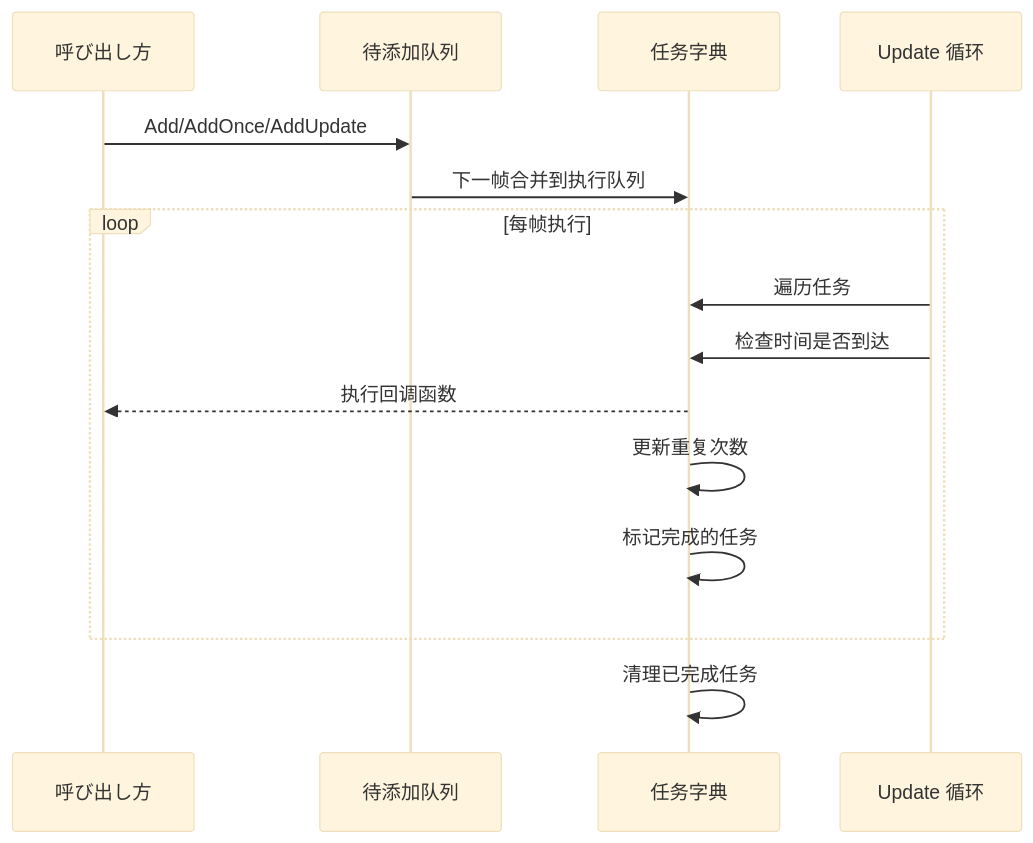
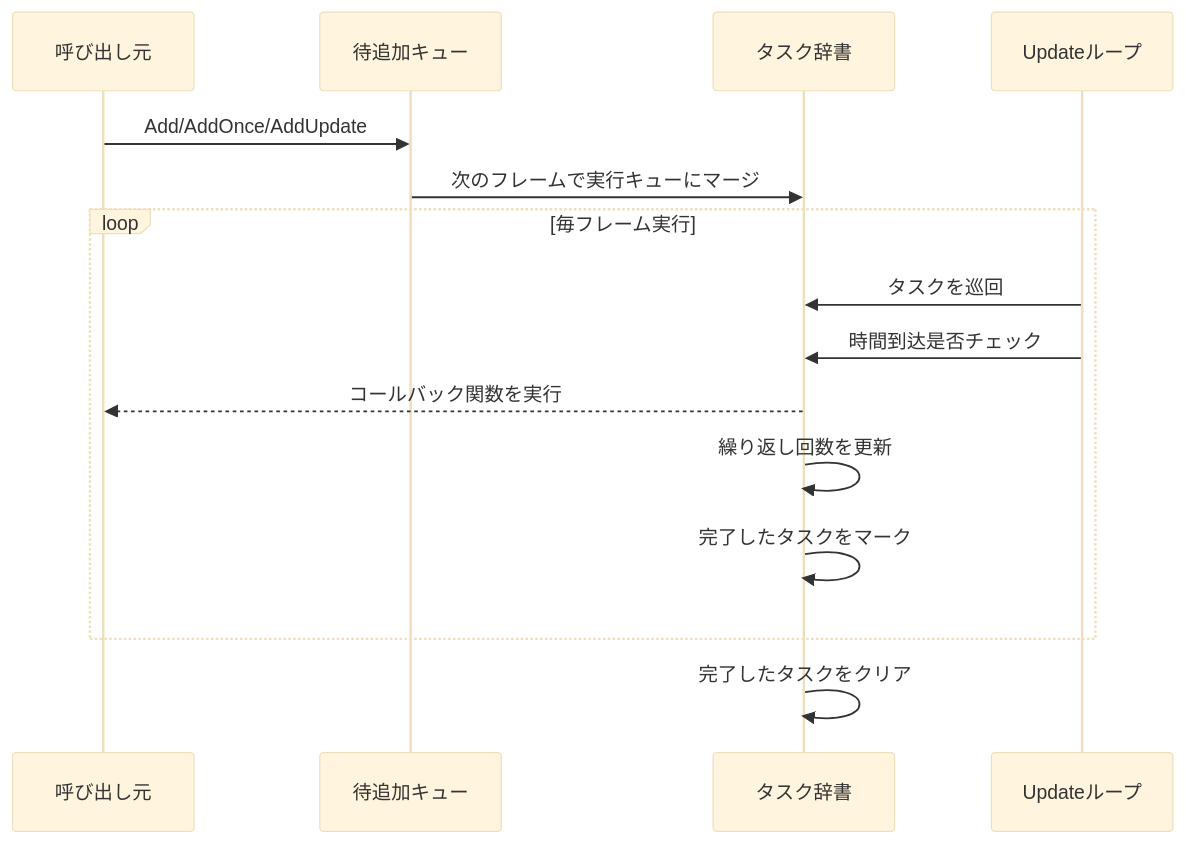
Before and after one commit to AlianBlank/GameFrameX.Docs: the second of 2 diagrams in docs/ja/client/unity/component/timer/04.features.md, drawn with Mermaid (base theme). The commit also changed other lines of this file and 320 other files, not shown here.

````diff
--- a/docs/ja/client/unity/component/timer/04.features.md
+++ b/docs/ja/client/unity/component/timer/04.features.md
@@ -119,20 +119,20 @@
 ```mermaid
 sequenceDiagram
-    participant Client as 呼び出し方
-    participant AddQ as 待添加队列
-    participant Items as 任务字典
-    participant Update as Update 循环
+    participant Client as 呼び出し元
+    participant AddQ as 待追加キュー
+    participant Items as タスク辞書
+    participant Update as Updateループ
 
     Client->>AddQ: Add/AddOnce/AddUpdate
-    AddQ->>Items: 下一帧合并到执行队列
+    AddQ->>Items: 次のフレームで実行キューにマージ
 
-    loop 每帧执行
-        Update->>Items: 遍历任务
-        Update->>Items: 检查时间是否到达
-        Items-->>Client: 执行回调函数
-        Items->>Items: 更新重复次数
-        Items->>Items: 标记完成的任务
+    loop 毎フレーム実行
+        Update->>Items: タスクを巡回
+        Update->>Items: 時間到达是否チェック
+        Items-->>Client: コールバック関数を実行
+        Items->>Items: 繰り返し回数を更新
+        Items->>Items: 完了したタスクをマーク
     end
 
-    Items->>Items: 清理已完成任务
+    Items->>Items: 完了したタスクをクリア
 ```
````
